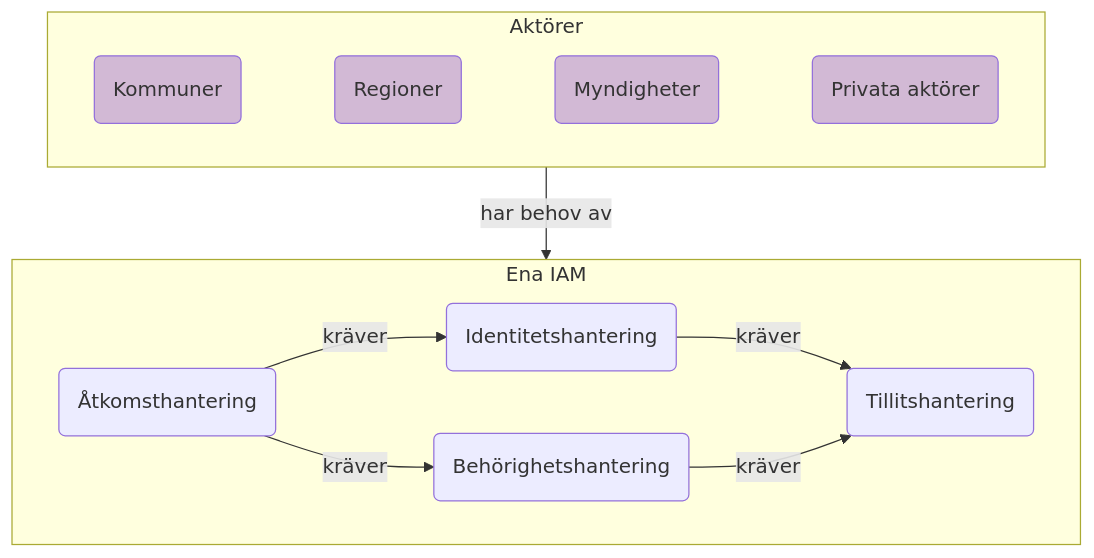
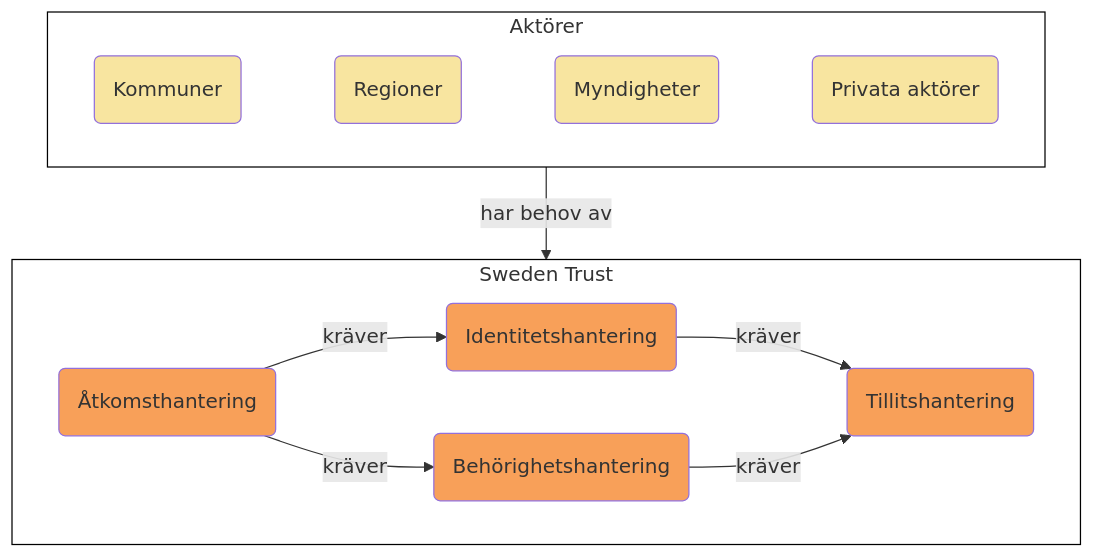
One commit to diggsweden/ena-authorization changed the first of 9 diagrams in architecture/drafts/IAM_TargetArchitecture_Sweden.md. Above: the diagram before and after it, drawn with Mermaid. The commit also changed other lines of this file, not shown here.

Commit message:
Updated the graphs. Replaced underscores with <p> in mermaid and changed color schemes to match the graphics in chapter #4

````diff
--- a/architecture/drafts/IAM_TargetArchitecture_Sweden.md
+++ b/architecture/drafts/IAM_TargetArchitecture_Sweden.md
@@ -26,22 +26,26 @@
 ```mermaid
 graph TD
-classDef org fill:#D2B9D5
+classDef org fill:#F8E5A0
+classDef area fill:#F8a059
+classDef box fill:#ffffff,stroke:#000000
 
 subgraph actors[Aktörer]
 direction LR     
  k(Kommuner):::org~~~
  r(Regioner):::org~~~
  m(Myndigheter):::org~~~
  p(Privata aktörer):::org
 end
+actors:::box
 
-subgraph iam[Ena IAM]
- Å(Åtkomsthantering)
- I(Identitetshantering)
- B(Behörighetshantering)
- T(Tillitshantering)
+subgraph iam[Sweden Trust]
+ Å(Åtkomsthantering):::area
+ I(Identitetshantering):::area
+ B(Behörighetshantering):::area
+ T(Tillitshantering):::area
 end
+iam:::box
 
 actors--har behov av-->iam
 Å--kräver-->I & B--kräver-->T
 ```
````
